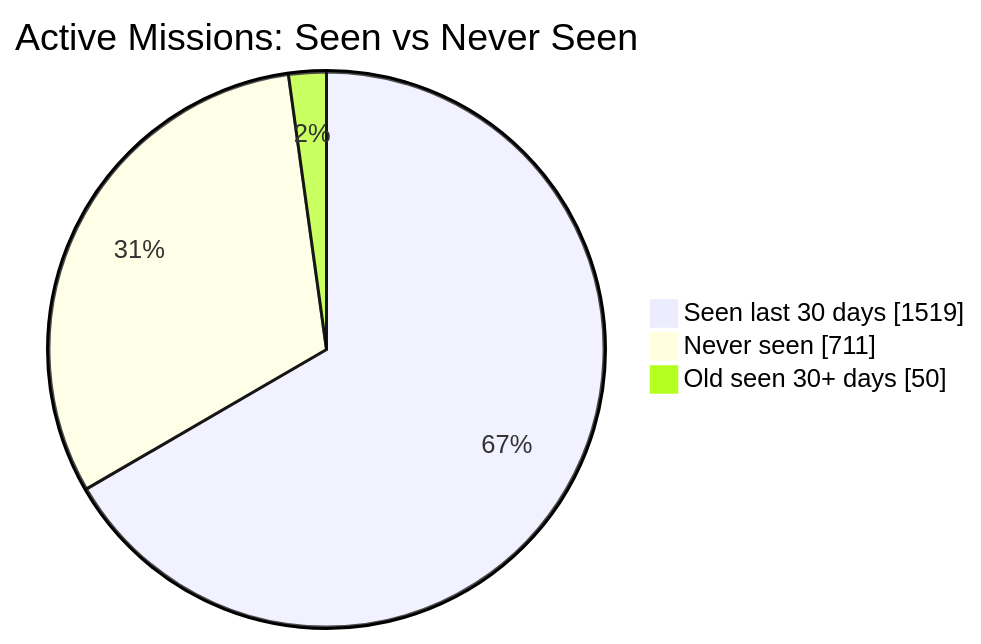
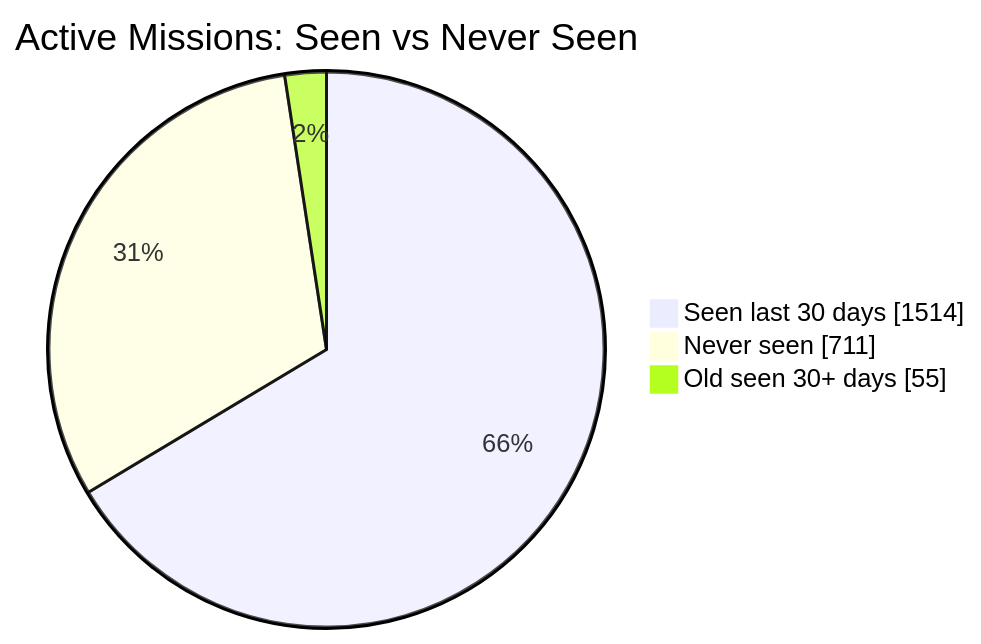
The first of 2 diagrams in README.md (MeldkamerspelGameTeam/active-missions), drawn with Mermaid before and after one commit. The commit also changed other lines of this file and 2 other files, not shown here.

````diff
--- a/README.md
+++ b/README.md
@@ -34,7 +34,7 @@
 ```mermaid
 pie showData
     title Active Missions: Seen vs Never Seen
-    "Seen last 30 days" : 1519
+    "Seen last 30 days" : 1514
     "Never seen" : 711
-    "Old seen 30+ days" : 50
+    "Old seen 30+ days" : 55
 ```
````
